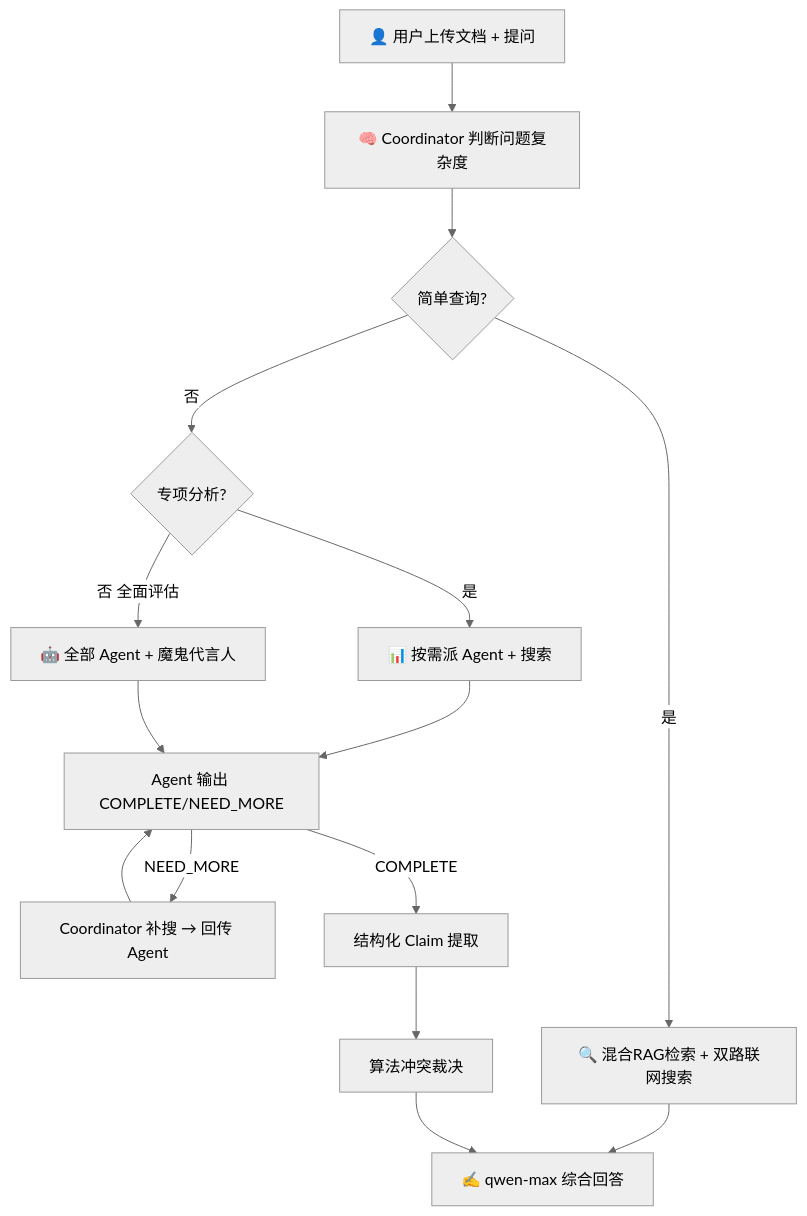
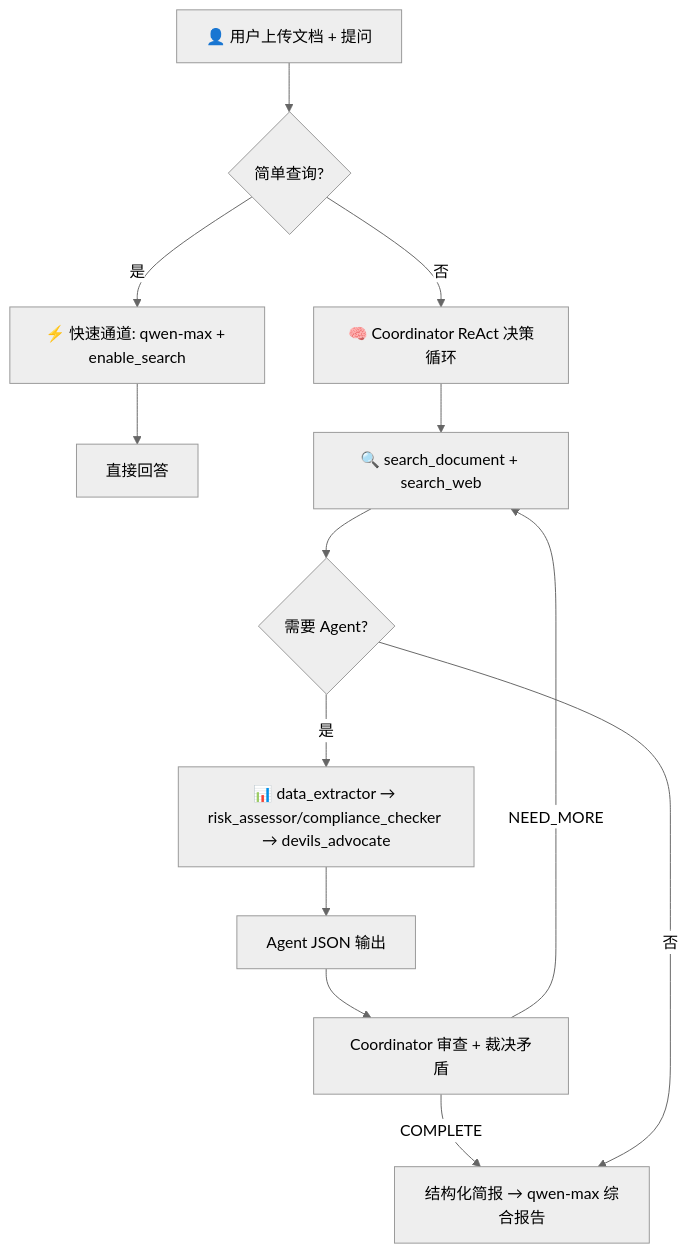
The diagram in README.md (leokiy/finrisk-multiagent), drawn with Mermaid (neutral theme) before and after one commit. The commit also changed other lines of this file, not shown here.

Commit message:
docs: update README — industrial agent contracts, fast path, Docker, enable_search only

````diff
--- a/README.md
+++ b/README.md
@@ -40,18 +43,16 @@
 ```mermaid
 flowchart TB
     A[👤 用户上传文档 + 提问]
-    A --> B[🧠 Coordinator 判断问题复杂度]
-    B --> C{简单查询?}
-    C -->|是| D[🔍 混合RAG检索 + 双路联网搜索]
-    D --> E[✍️ qwen-max 综合回答]
-    C -->|否| F{专项分析?}
-    F -->|是| G[📊 按需派 Agent + 搜索]
-    G --> H[Agent 输出 COMPLETE/NEED_MORE]
-    H -->|NEED_MORE| I[Coordinator 补搜 → 回传 Agent]
-    I --> H
-    H -->|COMPLETE| J[结构化 Claim 提取]
-    J --> K[算法冲突裁决]
-    K --> E
-    F -->|否 全面评估| L[🤖 全部 Agent + 魔鬼代言人]
-    L --> H
+    A --> B{简单查询?}
+    B -->|是| C[⚡ 快速通道: qwen-max + enable_search]
+    C --> D[直接回答]
+    B -->|否| E[🧠 Coordinator ReAct 决策循环]
+    E --> F[🔍 search_document + search_web]
+    F --> G{需要 Agent?}
+    G -->|是| H[📊 data_extractor → risk_assessor/compliance_checker → devils_advocate]
+    H --> I[Agent JSON 输出]
+    I --> J[Coordinator 审查 + 裁决矛盾]
+    J -->|NEED_MORE| F
+    J -->|COMPLETE| K[结构化简报 → qwen-max 综合报告]
+    G -->|否| K
 ```
````
